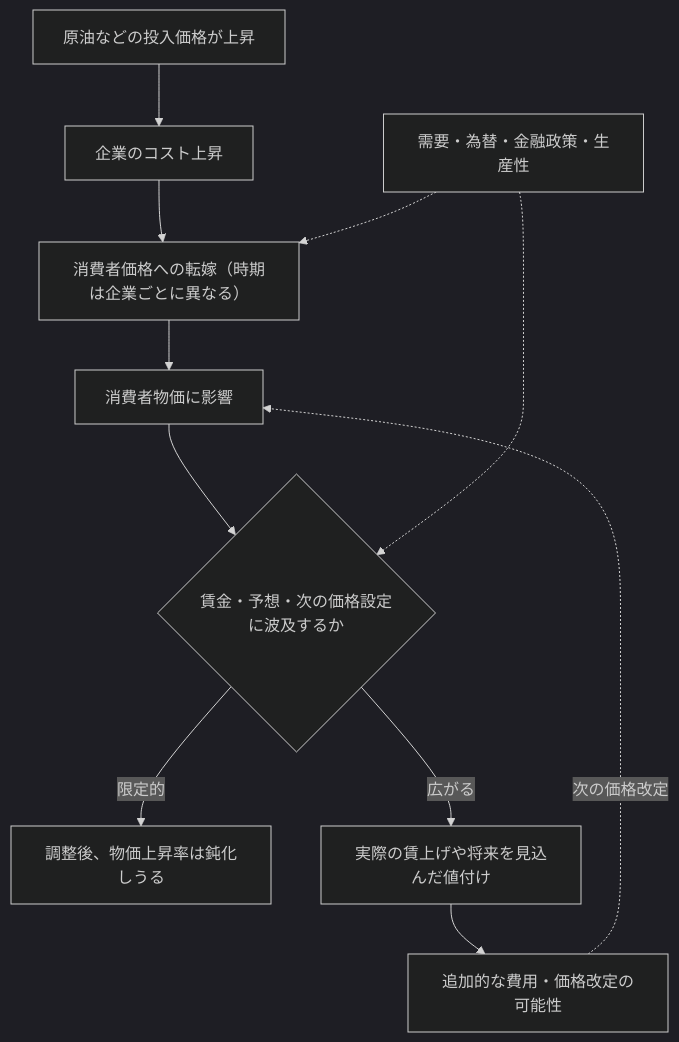
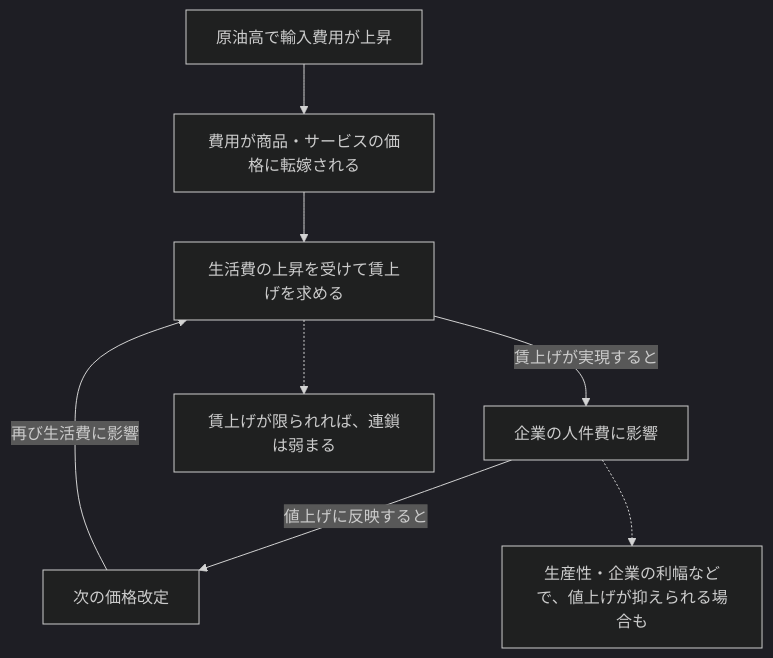
One commit to Osino-Niso/econ-data-lab changed the diagram in articles/oil-shocks-inflation-regimes.md. Above: the diagram before and after it, drawn with Mermaid (dark theme). The commit also changed other lines of this file and 9 other files, not shown here.

````diff
--- a/articles/oil-shocks-inflation-regimes.md
+++ b/articles/oil-shocks-inflation-regimes.md
@@ -104,13 +47,10 @@
 ```mermaid
 flowchart TD
-    A["原油などの投入価格が上昇"] --> B["企業のコスト上昇"]
-    B --> C["消費者価格への転嫁（時期は企業ごとに異なる）"]
-    C --> D["消費者物価に影響"]
-    D --> E{"賃金・予想・次の価格設定に波及するか"}
-    E -->|"限定的"| F["調整後、物価上昇率は鈍化しうる"]
-    E -->|"広がる"| G["実際の賃上げや将来を見込んだ値付け"]
-    G --> H["追加的な費用・価格改定の可能性"]
-    H -.->|"次の価格改定"| D
-    I["需要・為替・金融政策・生産性"] -.-> C
-    I -.-> E
+  A["原油高で輸入費用が上昇"] --> B["費用が商品・サービスの価格に転嫁される"]
+  B --> C["生活費の上昇を受けて賃上げを求める"]
+  C -->|"賃上げが実現すると"| D["企業の人件費に影響"]
+  D -->|"値上げに反映すると"| E["次の価格改定"]
+  E -->|"再び生活費に影響"| C
+  C -.-> F["賃上げが限られれば、連鎖は弱まる"]
+  D -.-> G["生産性・企業の利幅などで、値上げが抑えられる場合も"]
 ```
````
